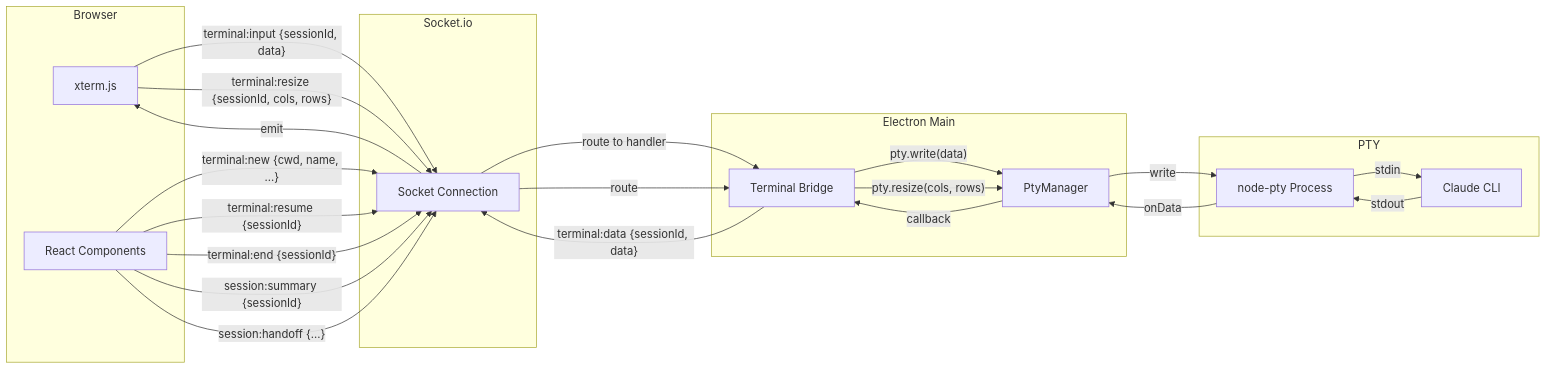
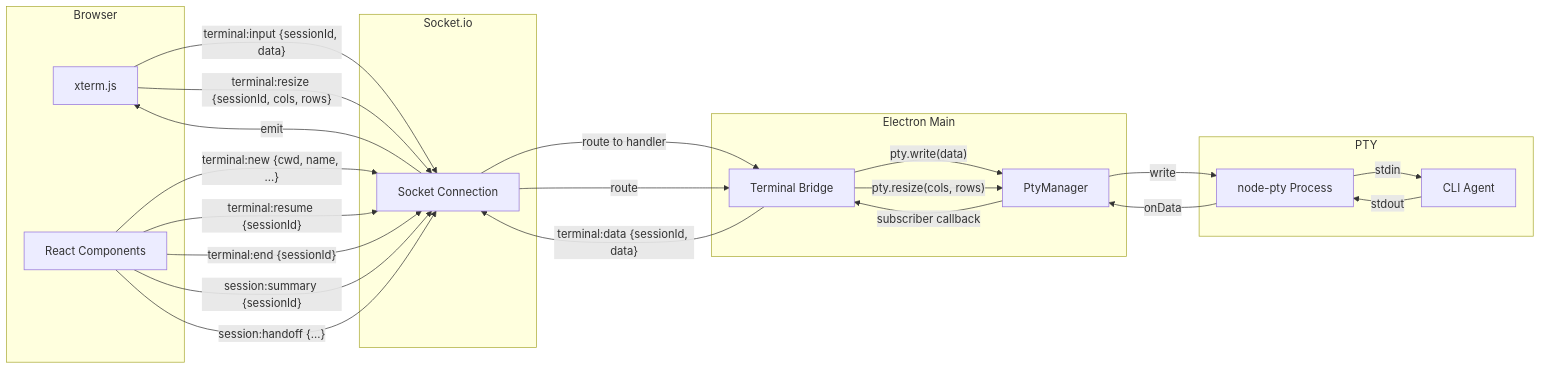
The fifth of 7 diagrams in docs/design/electron-pty.md (Nahom-Kefelegne/AgentMatrix), drawn with Mermaid before and after one commit. The commit also changed other lines of this file and 14 other files, not shown here.

````diff
--- a/docs/design/electron-pty.md
+++ b/docs/design/electron-pty.md
@@ -480,43 +497,43 @@
 ```mermaid
 graph LR
     subgraph Browser
         XT[xterm.js]
         UI[React Components]
     end
 
     subgraph Socket.io
         S[Socket Connection]
     end
 
     subgraph Electron Main
         TB[Terminal Bridge]
         PM[PtyManager]
     end
 
     subgraph PTY
         P[node-pty Process]
-        CL[Claude CLI]
+        CL[CLI Agent]
     end
 
     XT -->|"terminal:input {sessionId, data}"| S
     S -->|route to handler| TB
     TB -->|"pty.write(data)"| PM
     PM -->|write| P
     P -->|stdin| CL
 
     CL -->|stdout| P
     P -->|onData| PM
-    PM -->|callback| TB
+    PM -->|subscriber callback| TB
     TB -->|"terminal:data {sessionId, data}"| S
     S -->|emit| XT
 
     XT -->|"terminal:resize {sessionId, cols, rows}"| S
     S -->|route| TB
     TB -->|"pty.resize(cols, rows)"| PM
 
     UI -->|"terminal:new {cwd, name, ...}"| S
     UI -->|"terminal:resume {sessionId}"| S
     UI -->|"terminal:end {sessionId}"| S
     UI -->|"session:summary {sessionId}"| S
     UI -->|"session:handoff {...}"| S
 ```
````
